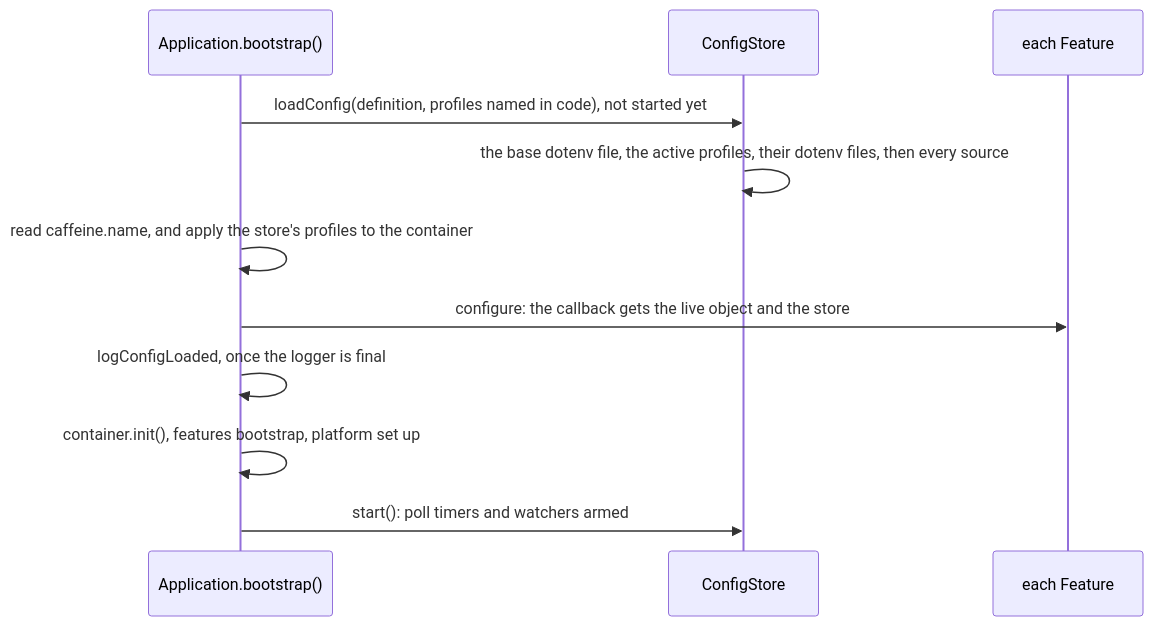
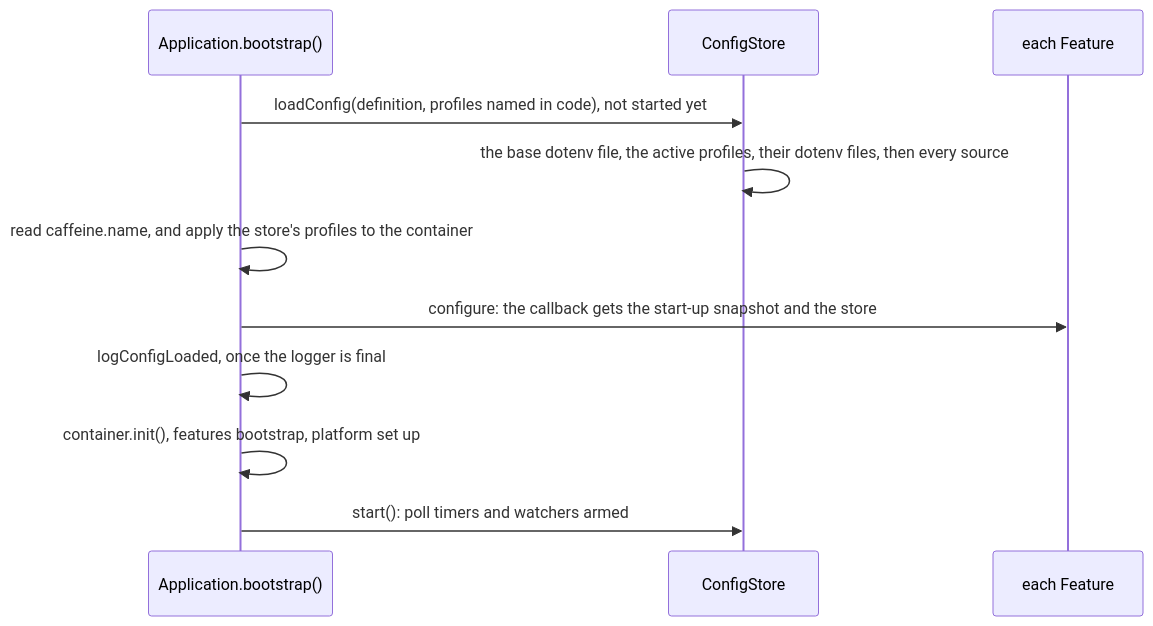
Before and after one commit to caffeinejs/caffeine: the second of 2 diagrams in std/config/README.md, drawn with Mermaid. The commit also changed other lines of this file and 102 other files, not shown here.

````diff
--- a/std/config/README.md
+++ b/std/config/README.md
@@ -408,13 +399,13 @@
 ```mermaid
 sequenceDiagram
   participant App as Application.bootstrap()
   participant Store as ConfigStore
   participant Feat as each Feature
   App->>Store: loadConfig(definition, profiles named in code), not started yet
   Store->>Store: the base dotenv file, the active profiles, their dotenv files, then every source
   App->>App: read caffeine.name, and apply the store's profiles to the container
-  App->>Feat: configure: the callback gets the live object and the store
+  App->>Feat: configure: the callback gets the start-up snapshot and the store
   App->>App: logConfigLoaded, once the logger is final
   App->>App: container.init(), features bootstrap, platform set up
   App->>Store: start(): poll timers and watchers armed
 ```
````
